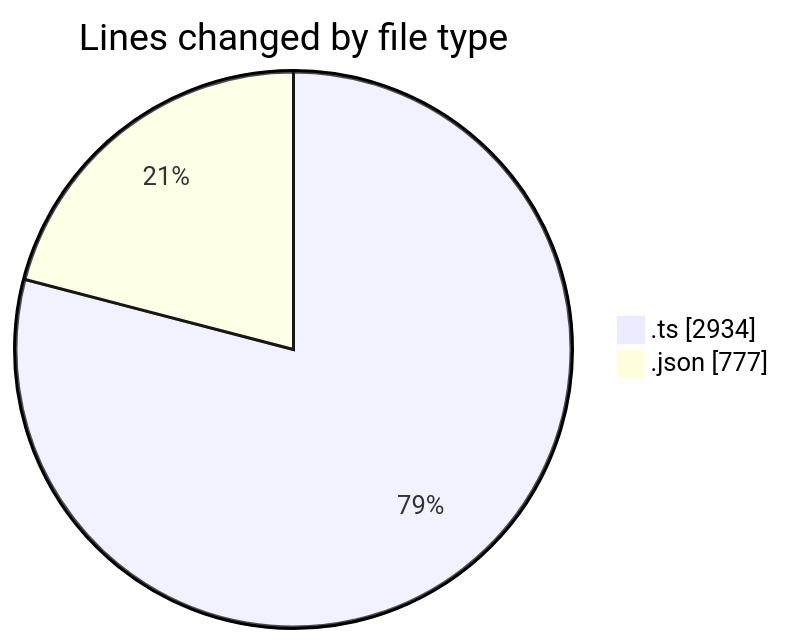
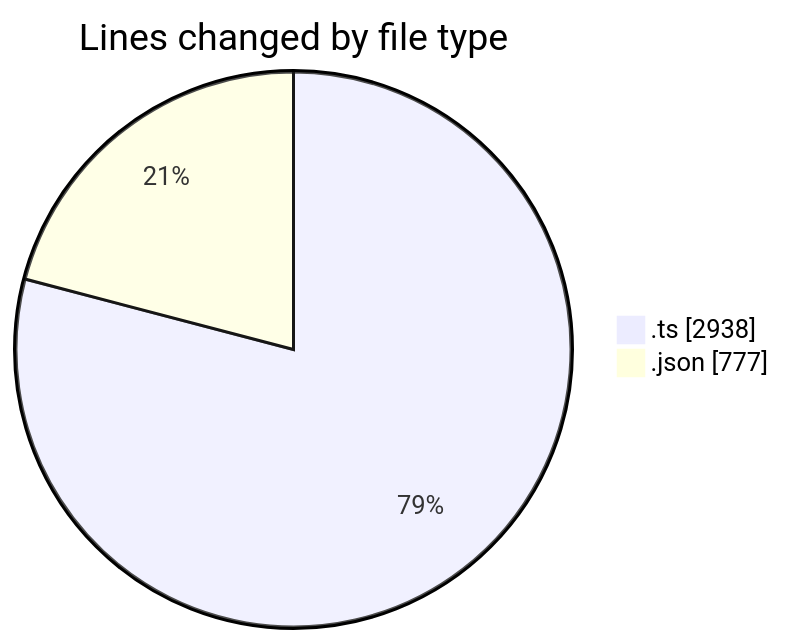
One commit to charlie-sans/code-tracking changed the first of 2 diagrams in 2025-04-30/masm-lsp/README.md. Above: the diagram before and after it, drawn with Mermaid. The commit also changed other lines of this file and 1 other file, not shown here.

````diff
--- a/2025-04-30/masm-lsp/README.md
+++ b/2025-04-30/masm-lsp/README.md
@@ -22,6 +22,6 @@
 ```mermaid
 pie showData
 title Lines changed by file type
-".ts" : 2934
+".ts" : 2938
 ".json" : 777
 ```
````
